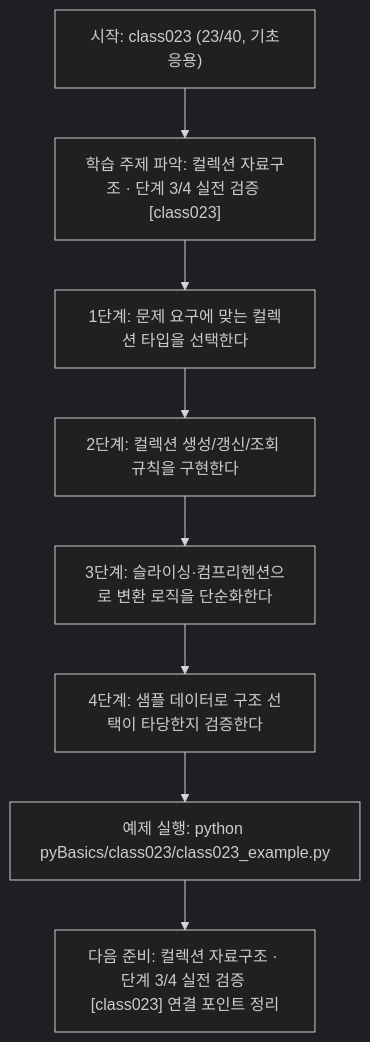
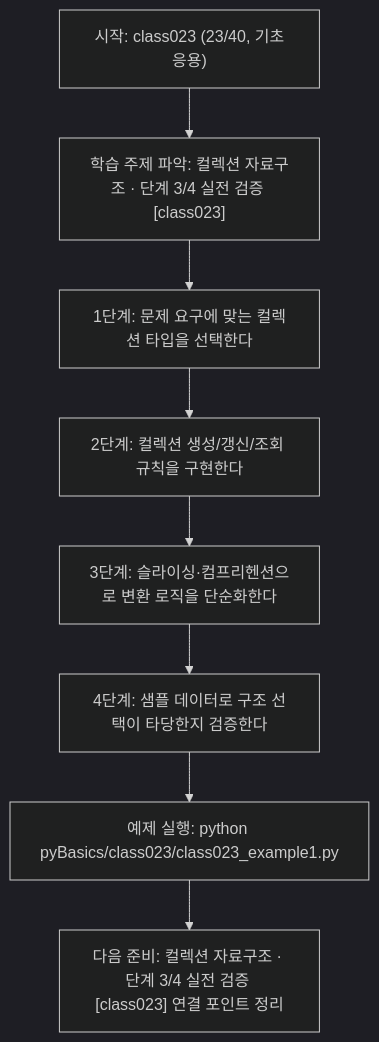
One commit to edumgt/Python-AI_Agent-Class changed the diagram in pyBasics/class023/class023.md. Above: the diagram before and after it, drawn with Mermaid (dark theme). The commit also changed other lines of this file and 2959 other files, not shown here.

````diff
--- a/pyBasics/class023/class023.md
+++ b/pyBasics/class023/class023.md
@@ -109,18 +109,18 @@
 ```mermaid
 flowchart TD
 N1["시작: class023 (23/40, 기초응용)"]
 N2["학습 주제 파악: 컬렉션 자료구조 · 단계 3/4 실전 검증 [class023]"]
 N3["1단계: 문제 요구에 맞는 컬렉션 타입을 선택한다"]
 N4["2단계: 컬렉션 생성/갱신/조회 규칙을 구현한다"]
 N5["3단계: 슬라이싱·컴프리헨션으로 변환 로직을 단순화한다"]
 N6["4단계: 샘플 데이터로 구조 선택이 타당한지 검증한다"]
-N7["예제 실행: python pyBasics/class023/class023_example.py"]
+N7["예제 실행: python pyBasics/class023/class023_example1.py"]
 N8["다음 준비: 컬렉션 자료구조 · 단계 3/4 실전 검증 [class023] 연결 포인트 정리"]
 N1 --> N2
 N2 --> N3
 N3 --> N4
 N4 --> N5
 N5 --> N6
 N6 --> N7
 N7 --> N8
 ```
````
